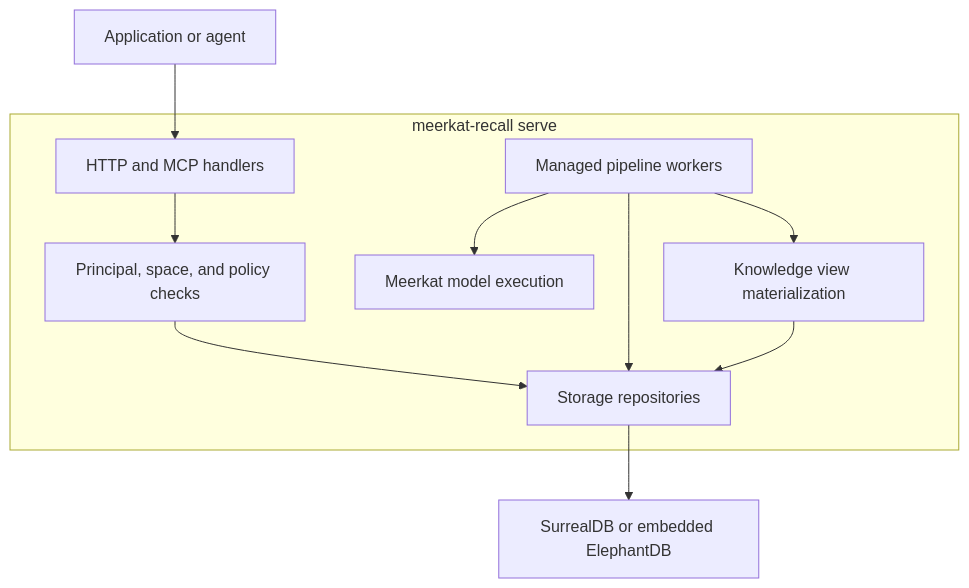
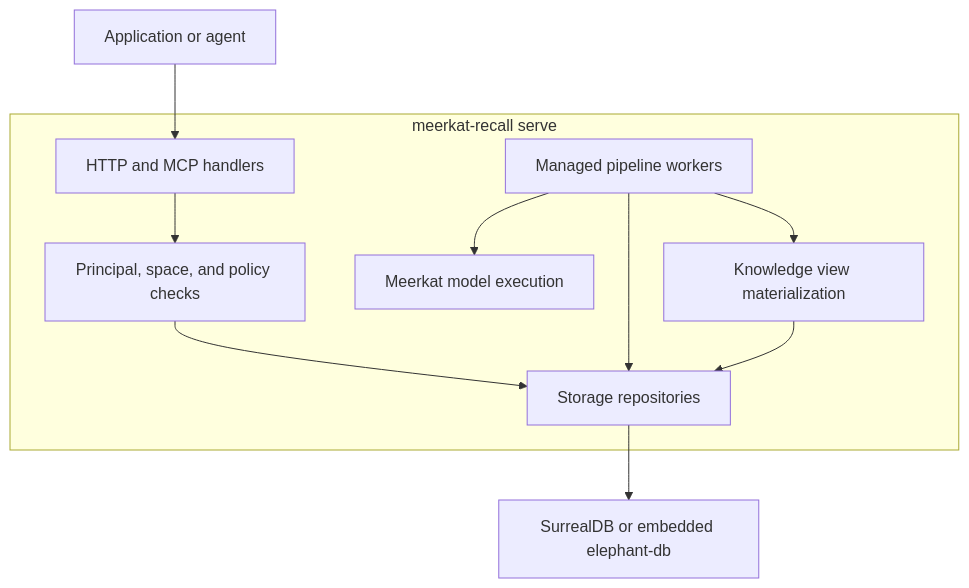
One commit to carenic/meerkat changed the diagram in docs/recall/architecture/overview.mdx. Above: the diagram before and after it, drawn with Mermaid. The commit also changed other lines of this file and 28 other files, not shown here.

````diff
--- a/docs/recall/architecture/overview.mdx
+++ b/docs/recall/architecture/overview.mdx
@@ -16,13 +16,13 @@
 ```mermaid
 flowchart TD
     Client["Application or agent"] --> API["HTTP and MCP handlers"]
     subgraph Runtime["meerkat-recall serve"]
         API --> Policy["Principal, space, and policy checks"]
         Policy --> Repos["Storage repositories"]
         Workers["Managed pipeline workers"] --> Repos
         Workers --> Models["Meerkat model execution"]
         Workers --> Views["Knowledge view materialization"]
         Views --> Repos
     end
-    Repos --> Store["SurrealDB or embedded ElephantDB"]
+    Repos --> Store["SurrealDB or embedded elephant-db"]
 ```
````
